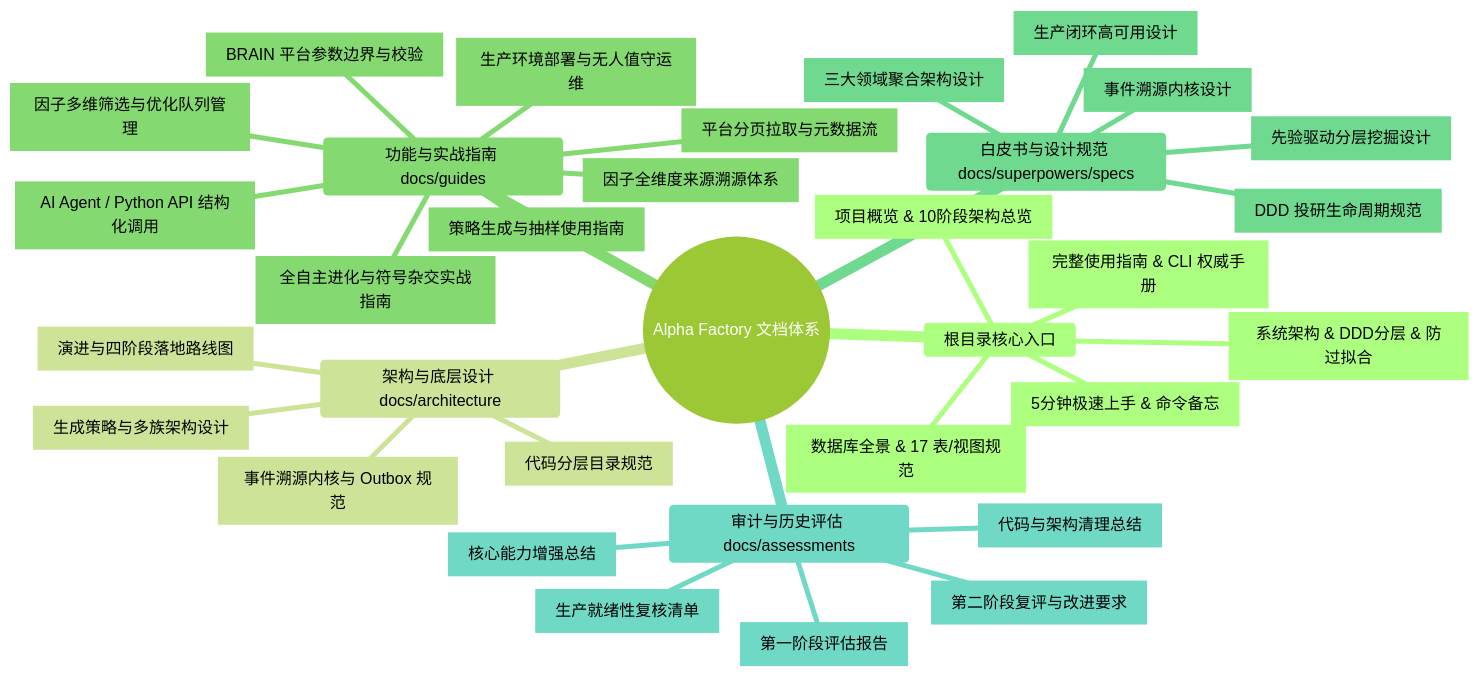
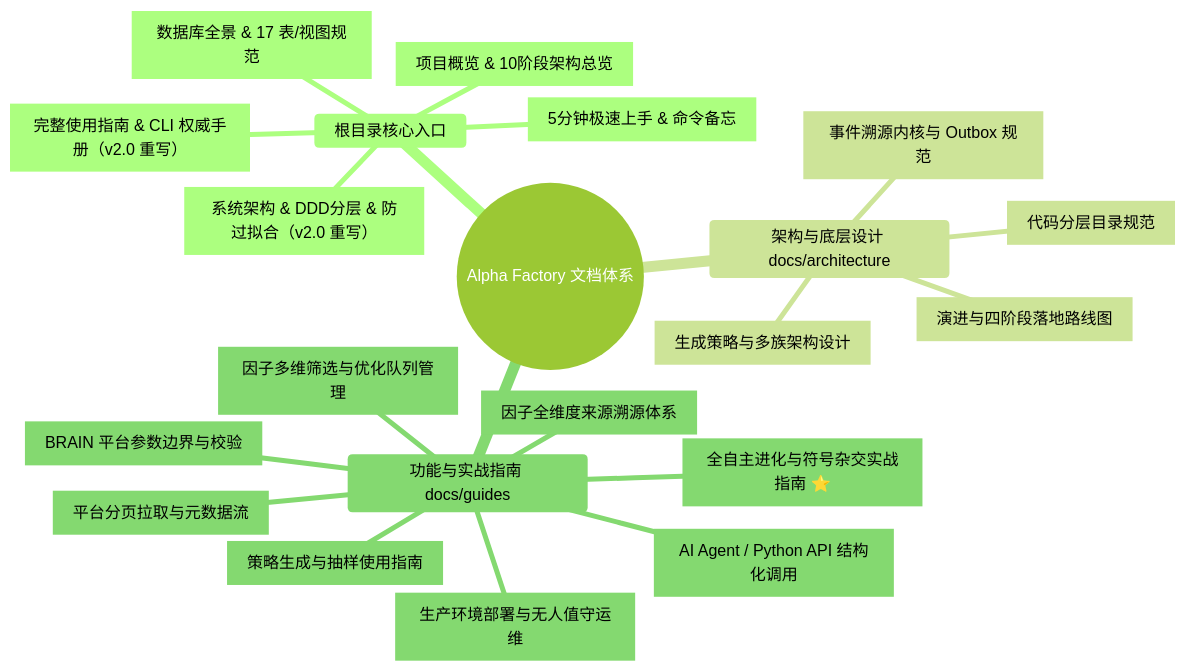
One commit to Justices/alpha_factory changed the diagram in docs/INDEX.md. Above: the diagram before and after it, drawn with Mermaid (forest theme). The commit also changed other lines of this file and 42 other files, not shown here.

````diff
--- a/docs/INDEX.md
+++ b/docs/INDEX.md
@@ -9,36 +9,24 @@
 ```mermaid
 mindmap
   root((Alpha Factory 文档体系))
     根目录核心入口
       README.md["项目概览 & 10阶段架构总览"]
       QUICKSTART.md["5分钟极速上手 & 命令备忘"]
-      ARCHITECTURE.md["系统架构 & DDD分层 & 防过拟合"]
-      USAGE_GUIDE.md["完整使用指南 & CLI 权威手册"]
+      ARCHITECTURE.md["系统架构 & DDD分层 & 防过拟合（v2.0 重写）"]
+      USAGE_GUIDE.md["完整使用指南 & CLI 权威手册（v2.0 重写）"]
       DATABASE_DESIGN.md["数据库全景 & 17 表/视图规范"]
     架构与底层设计 docs/architecture
       event_sourced_core.md["事件溯源内核与 Outbox 规范"]
       directory_design.md["代码分层目录规范"]
       roadmap_and_evolution.md["演进与四阶段落地路线图"]
       strategy_architecture.md["生成策略与多族架构设计"]
     功能与实战指南 docs/guides
-      autonomous_evolution_guide.md["全自主进化与符号杂交实战指南"]
+      autonomous_evolution_guide.md["全自主进化与符号杂交实战指南 ⭐"]
       production_deployment_guide.md["生产环境部署与无人值守运维"]
       ai_integration.md["AI Agent / Python API 结构化调用"]
       alpha_filtering.md["因子多维筛选与优化队列管理"]
       alpha_source_guide.md["因子全维度来源溯源体系"]
       platform_config.md["BRAIN 平台参数边界与校验"]
       pagination_guide.md["平台分页拉取与元数据流"]
       strategy_usage.md["策略生成与抽样使用指南"]
-    白皮书与设计规范 docs/superpowers/specs
-      research_round_domain_design.md["三大领域聚合架构设计"]
-      production_research_loop_design.md["生产闭环高可用设计"]
-      ddd_research_cycle_design.md["DDD 投研生命周期规范"]
-      event_sourced_core_design.md["事件溯源内核设计"]
-      prior_driven_research_design.md["先验驱动分层挖掘设计"]
-    审计与历史评估 docs/assessments
-      PROJECT_ASSESSMENT_2026-08-21.md["第一阶段评估报告"]
-      REASSESSMENT_2026-08-21.md["第二阶段复评与改进要求"]
-      PRODUCTION_READINESS_2026-08-21.md["生产就绪性复核清单"]
-      code_cleanup_summary.md["代码与架构清理总结"]
-      improvement_summary.md["核心能力增强总结"]
 ```
````
